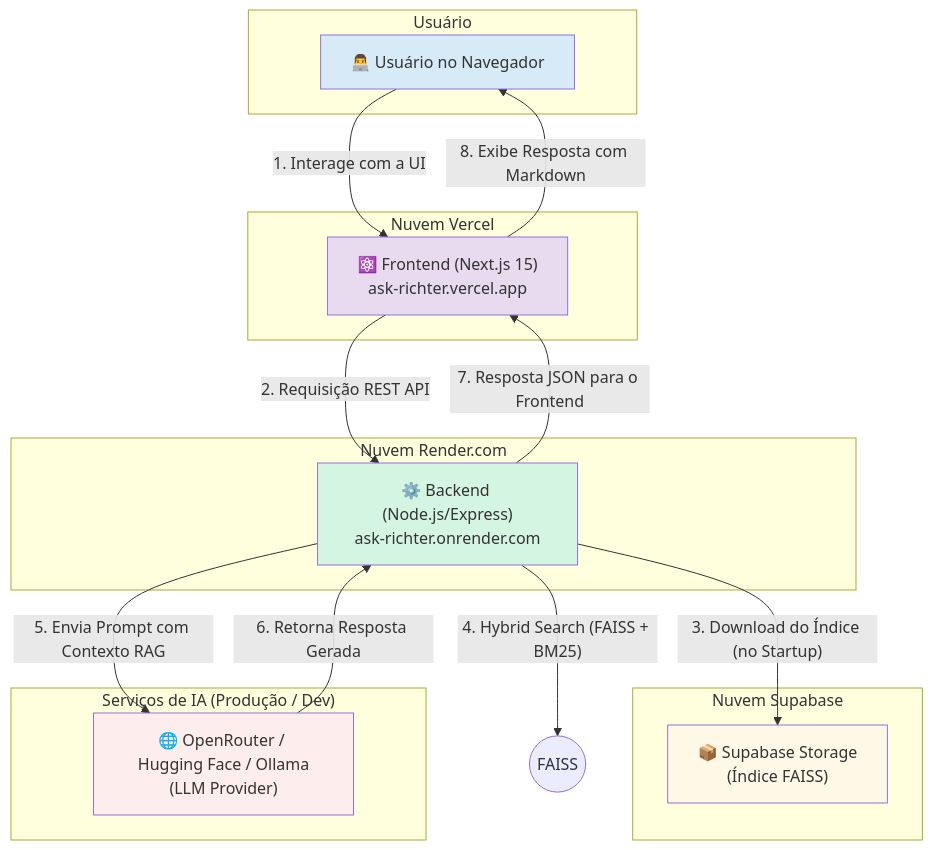
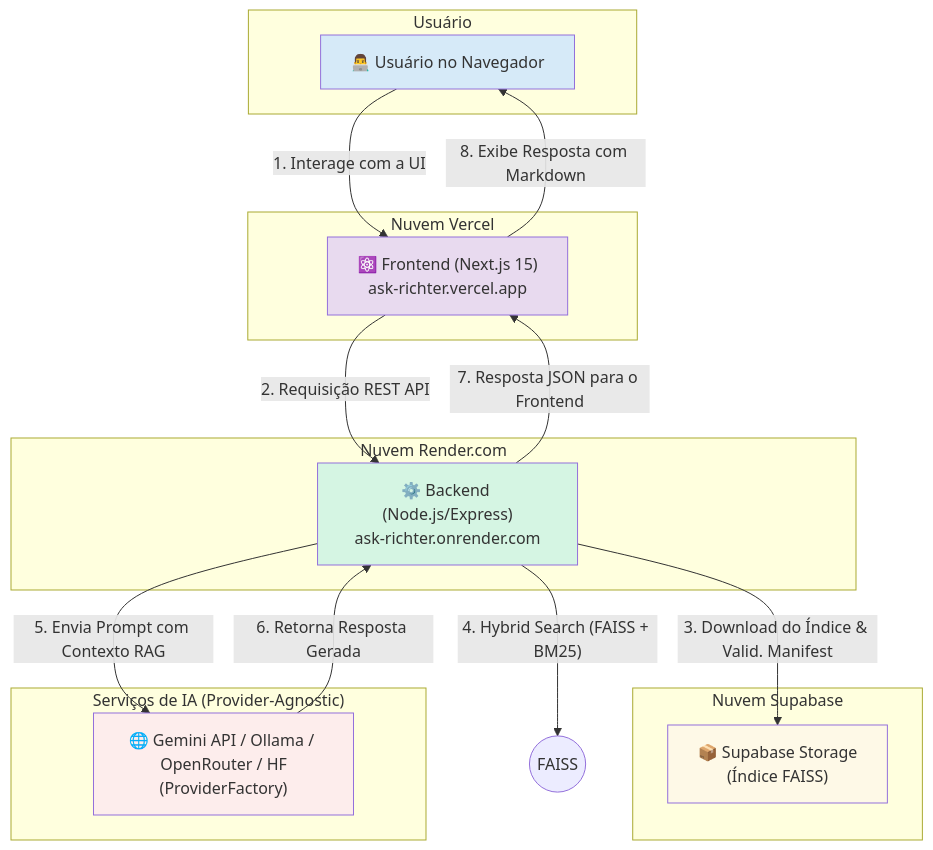
The diagram in README.md (lfrichter/ask-richter), drawn with Mermaid before and after one commit. The commit also changed other lines of this file and 29 other files, not shown here.

Commit message:
feat(ai): Provider Abstraction, Gemini Embedding 2 & LLM Resilience Fallback Chain

````diff
--- a/README.md
+++ b/README.md
@@ -47,37 +82,37 @@
 ```mermaid
 graph TD
     subgraph "Usuário"
         User[👨‍💻 Usuário no Navegador]
     end
 
     subgraph "Nuvem Vercel"
         Frontend["⚛️ Frontend (Next.js 15)<br>ask-richter.vercel.app"]
     end
 
     subgraph "Nuvem Render.com"
         Backend["⚙️ Backend (Node.js/Express)<br>ask-richter.onrender.com"]
     end
 
     subgraph "Nuvem Supabase"
         SupabaseDB["📦 Supabase Storage<br>(Índice FAISS)"]
     end
 
-    subgraph "Serviços de IA (Produção / Dev)"
-        HF_API["🌐 OpenRouter / Hugging Face / Ollama<br>(LLM Provider)"]
+    subgraph "Serviços de IA (Provider-Agnostic)"
+        AI_API["🌐 Gemini API / Ollama / OpenRouter / HF<br>(ProviderFactory)"]
     end
 
     User -- "1. Interage com a UI" --> Frontend
     Frontend -- "2. Requisição REST API" --> Backend
-    Backend -- "3. Download do Índice (no Startup)" --> SupabaseDB
+    Backend -- "3. Download do Índice & Valid. Manifest" --> SupabaseDB
     Backend -- "4. Hybrid Search (FAISS + BM25)" --> faiss((FAISS))
-    Backend -- "5. Envia Prompt com Contexto RAG" --> HF_API
-    HF_API -- "6. Retorna Resposta Gerada" --> Backend
+    Backend -- "5. Envia Prompt com Contexto RAG" --> AI_API
+    AI_API -- "6. Retorna Resposta Gerada" --> Backend
     Backend -- "7. Resposta JSON para o Frontend" --> Frontend
     Frontend -- "8. Exibe Resposta com Markdown" --> User
 
     style User fill:#D6EAF8
     style Frontend fill:#E8DAEF
     style Backend fill:#D5F5E3
     style SupabaseDB fill:#FEF9E7
-    style HF_API fill:#FDEDEC
+    style AI_API fill:#FDEDEC
 ```
````
